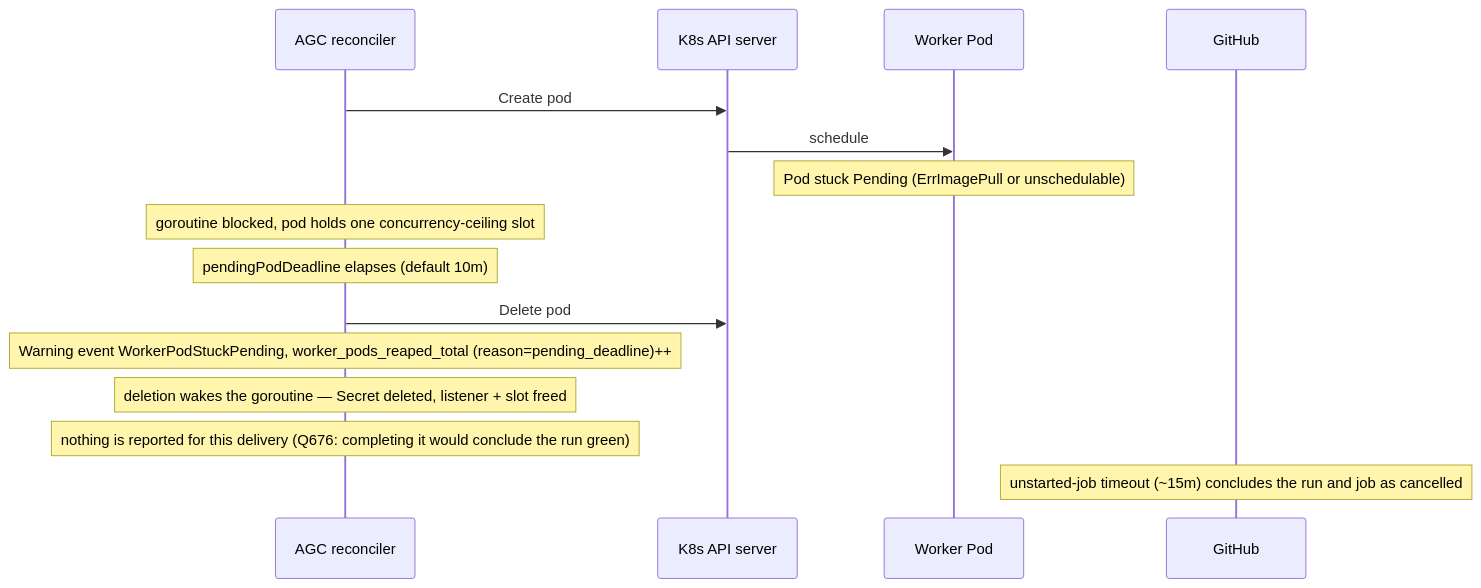
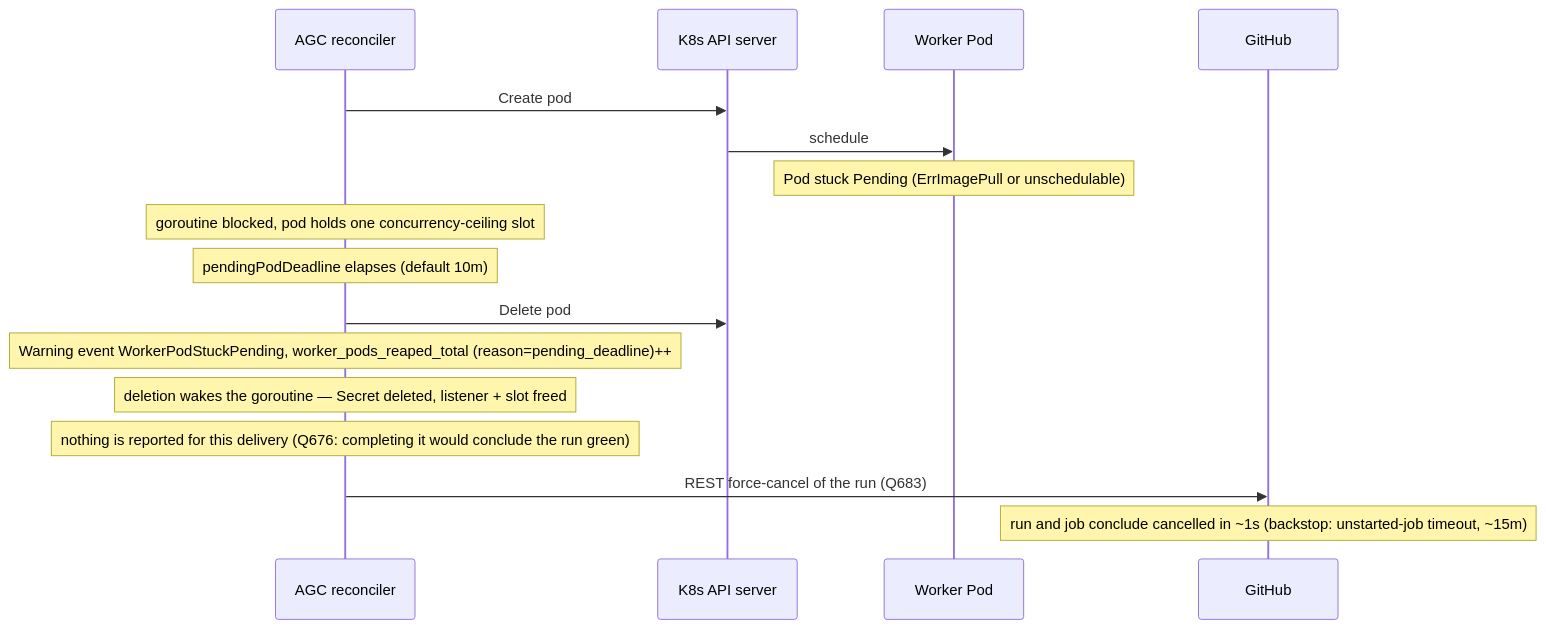
One commit to actions-gateway/github-actions-gateway changed the eighth of 9 diagrams in docs/design/04-operational-flows.md. Above: the diagram before and after it, drawn with Mermaid. The commit also changed other lines of this file and 15 other files, not shown here.

First line of the commit message:
feat(agc): force-cancel an abandoned job's run for a ~1s honest ending (Q683)

````diff
--- a/docs/design/04-operational-flows.md
+++ b/docs/design/04-operational-flows.md
@@ -387,17 +387,18 @@
 ```mermaid
 sequenceDiagram
     participant A as AGC reconciler
     participant K as K8s API server
     participant W as Worker Pod
     participant GH as GitHub
     A->>K: Create pod
     K->>W: schedule
     Note over W: Pod stuck Pending (ErrImagePull or unschedulable)
     Note over A: goroutine blocked, pod holds one concurrency-ceiling slot
     Note over A: pendingPodDeadline elapses (default 10m)
     A->>K: Delete pod
     Note over A: Warning event WorkerPodStuckPending, worker_pods_reaped_total (reason=pending_deadline)++
     Note over A: deletion wakes the goroutine — Secret deleted, listener + slot freed
     Note over A: nothing is reported for this delivery (Q676: completing it would conclude the run green)
-    Note over GH: unstarted-job timeout (~15m) concludes the run and job as cancelled
+    A->>GH: REST force-cancel of the run (Q683)
+    Note over GH: run and job conclude cancelled in ~1s (backstop: unstarted-job timeout, ~15m)
 ```
````
